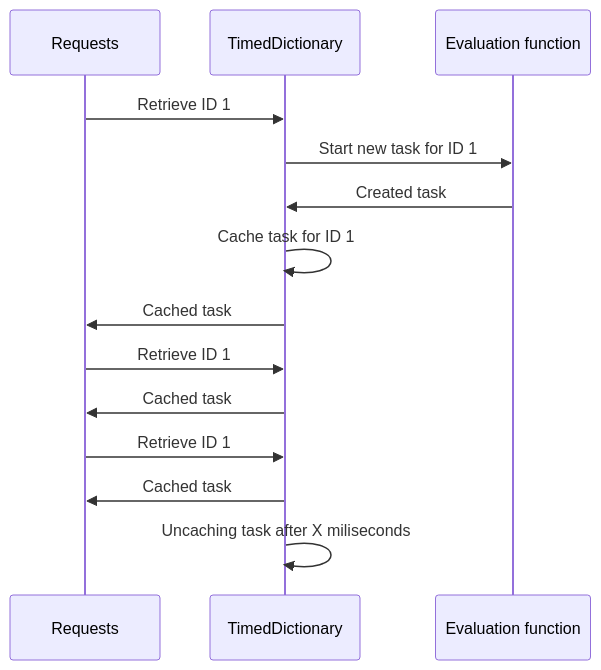
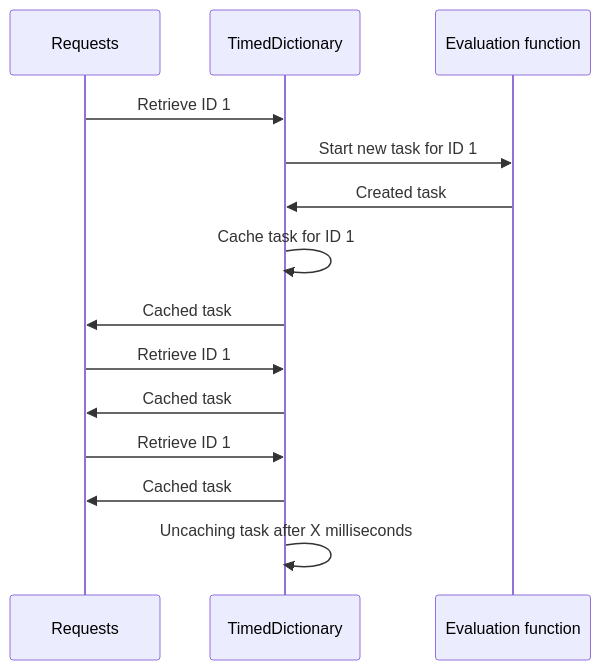
The diagram in README.md (vqalves/timed-dictionary), drawn with Mermaid before and after one commit. The commit also changed other lines of this file and 16 other files, not shown here.

````diff
--- a/README.md
+++ b/README.md
@@ -77,13 +77,13 @@
 ```mermaid
 sequenceDiagram
     Requests->>TimedDictionary: Retrieve ID 1
     TimedDictionary->>Evaluation function: Start new task for ID 1
     Evaluation function->>TimedDictionary: Created task
     TimedDictionary->>TimedDictionary: Cache task for ID 1
     TimedDictionary->>Requests: Cached task
     Requests->>TimedDictionary: Retrieve ID 1
     TimedDictionary->>Requests: Cached task
     Requests->>TimedDictionary: Retrieve ID 1
     TimedDictionary->>Requests: Cached task 
-    TimedDictionary->>TimedDictionary: Uncaching task after X miliseconds
+    TimedDictionary->>TimedDictionary: Uncaching task after X milliseconds
 ```
````
